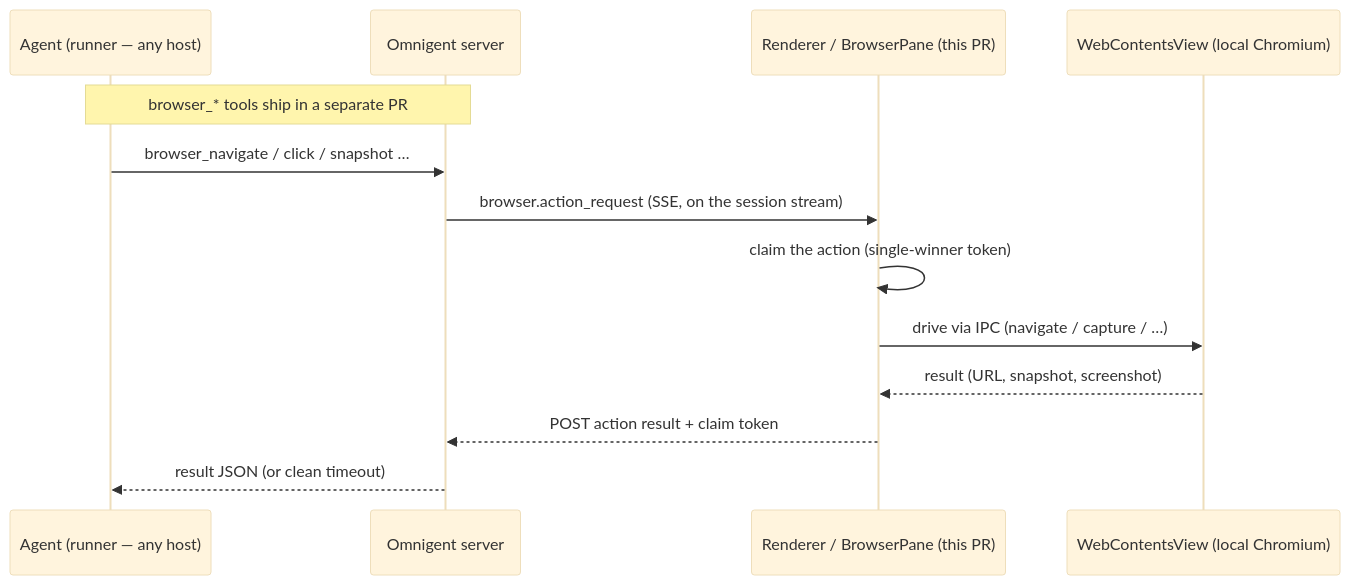
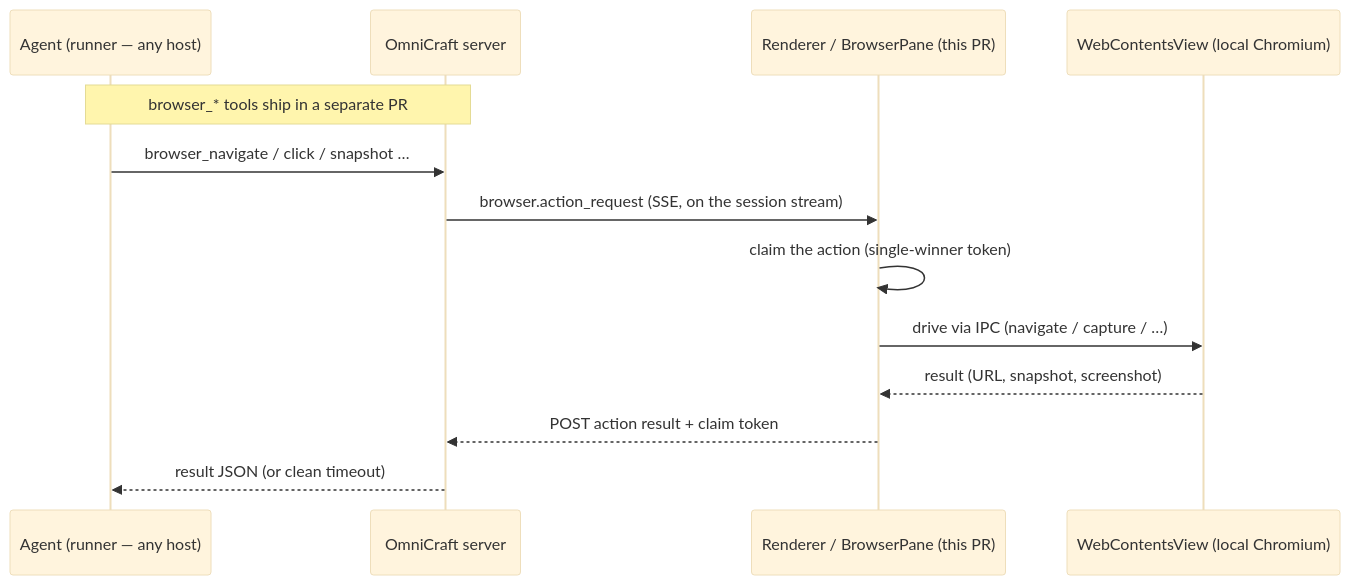
One commit to Omni-Craft/OmniCraft changed the diagram in web/electron/README.md. Above: the diagram before and after it, drawn with Mermaid (base theme). The commit also changed other lines of this file and 3028 other files, not shown here.

````diff
--- a/web/electron/README.md
+++ b/web/electron/README.md
@@ -182,16 +182,16 @@
 ```mermaid
 sequenceDiagram
     participant A as Agent (runner — any host)
-    participant S as Omnigent server
+    participant S as OmniCraft server
     participant R as Renderer / BrowserPane (this PR)
     participant V as WebContentsView (local Chromium)
 
     Note over A,S: browser_* tools ship in a separate PR
     A->>S: browser_navigate / click / snapshot …
     S->>R: browser.action_request (SSE, on the session stream)
     R->>R: claim the action (single-winner token)
     R->>V: drive via IPC (navigate / capture / …)
     V-->>R: result (URL, snapshot, screenshot)
     R-->>S: POST action result + claim token
     S-->>A: result JSON (or clean timeout)
 ```
````
